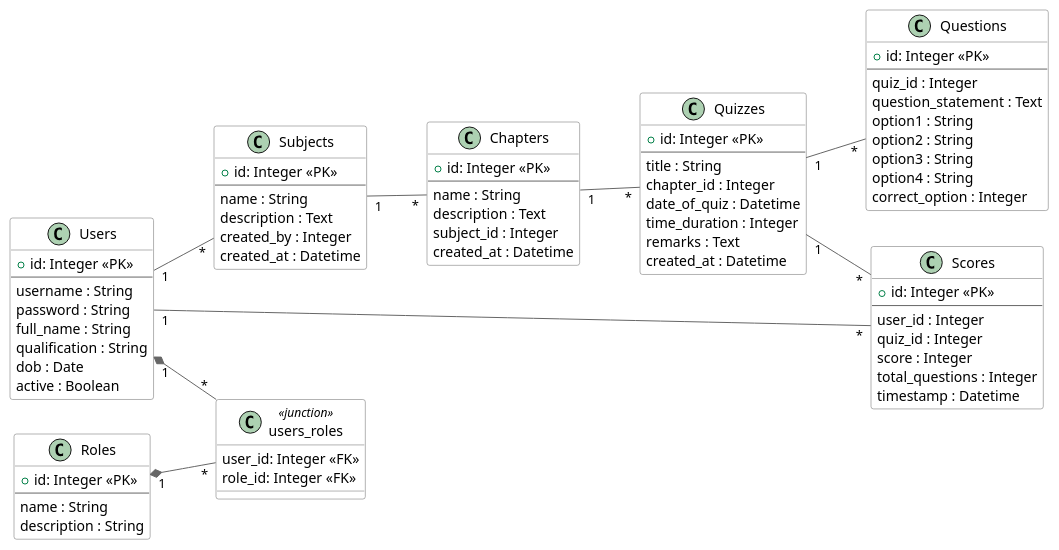
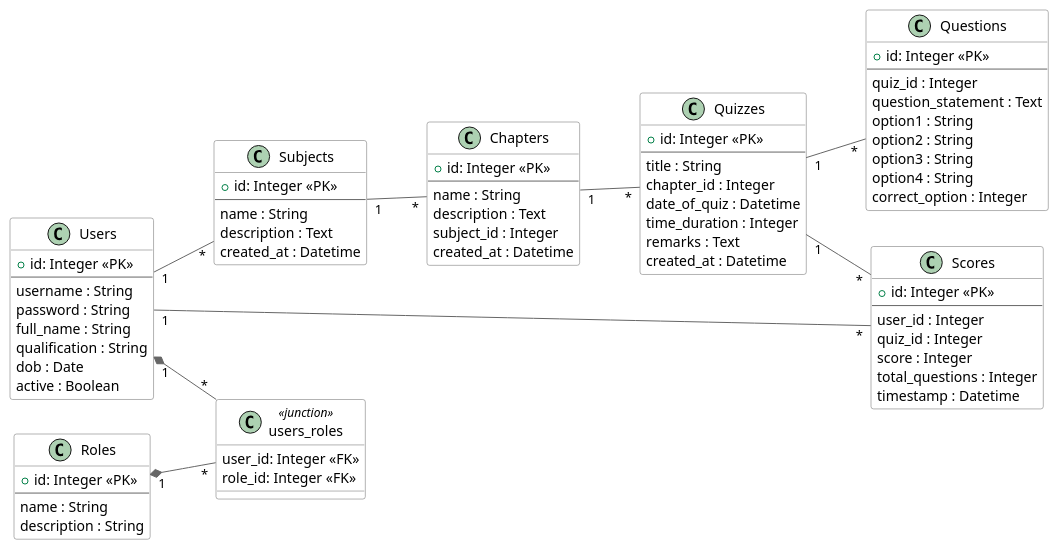
One commit to ArmanGrewal007/mibuto changed the diagram in BACKEND/schema/schema.puml. Above: the diagram before and after it, drawn with PlantUML. The commit also changed 9 other files, not shown here.

```diff
--- a/BACKEND/schema/schema.puml
+++ b/BACKEND/schema/schema.puml
@@ -1,96 +1,95 @@
 @startuml mibuto
 
 skinparam class {
   BackgroundColor White
   ArrowColor #666666
   BorderColor #666666
 }
 
 left to right direction
 
 class Users {
   + id: Integer <<PK>>
   --
   username : String
   password : String
   full_name : String
   qualification : String
   dob : Date
   active : Boolean
 }
 
 class Roles {
   + id: Integer <<PK>>
   --
   name : String
   description : String
 }
 
 class Subjects {
   + id: Integer <<PK>>
   --
   name : String
   description : Text
-  created_by : Integer
   created_at : Datetime
 }
 
 class Chapters {
   + id: Integer <<PK>>
   --
   name : String
   description : Text
   subject_id : Integer
   created_at : Datetime
 }
 
 class Quizzes {
   + id: Integer <<PK>>
   --
   title : String
   chapter_id : Integer
   date_of_quiz : Datetime
   time_duration : Integer
   remarks : Text
   created_at : Datetime
 }
 
 class Questions {
   + id: Integer <<PK>>
   --
   quiz_id : Integer
   question_statement : Text
   option1 : String
   option2 : String
   option3 : String
   option4 : String
   correct_option : Integer
 }
 
 class Scores {
   + id: Integer <<PK>>
   --
   user_id : Integer
   quiz_id : Integer
   score : Integer
   total_questions : Integer
   timestamp : Datetime
 }
 
 ' Junction Tables
 class users_roles <<junction>> {
     user_id: Integer <<FK>>
     role_id: Integer <<FK>>
 }
 
 ' Relationships
 Users "1" *-- "*" users_roles
 Roles "1" *-- "*" users_roles
 Users "1" -- "*" Scores
 Users "1" -- "*" Subjects
 Subjects "1" -- "*" Chapters
 Chapters "1" -- "*" Quizzes
 Quizzes "1" -- "*" Questions
 Quizzes "1" -- "*" Scores
 
 @enduml
```
